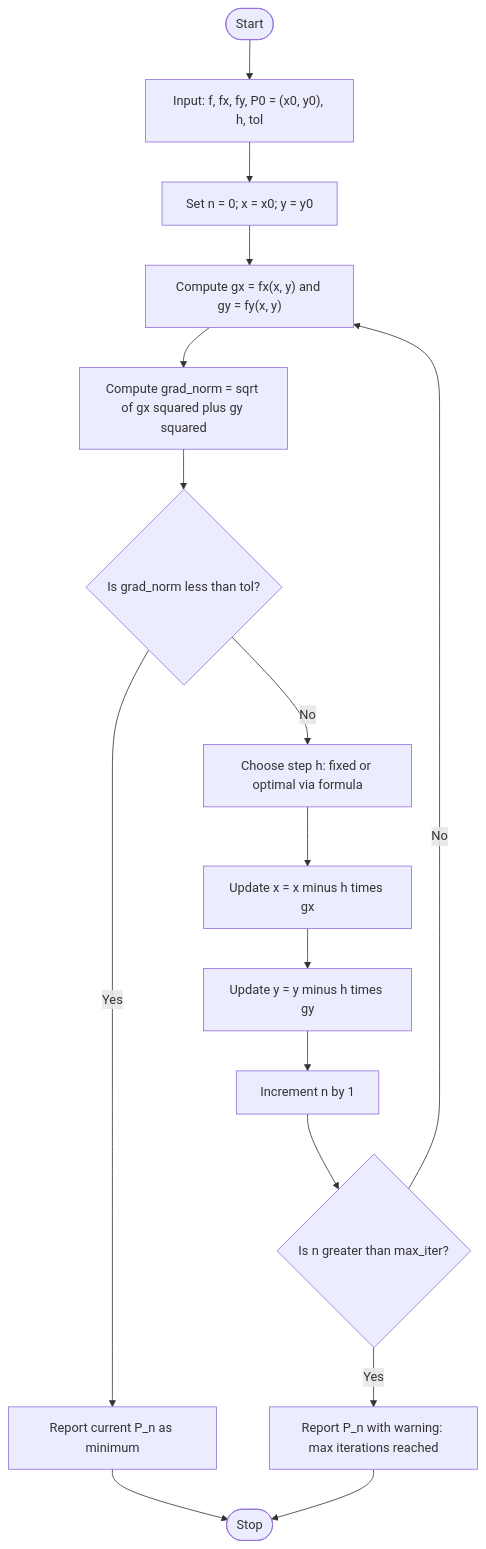
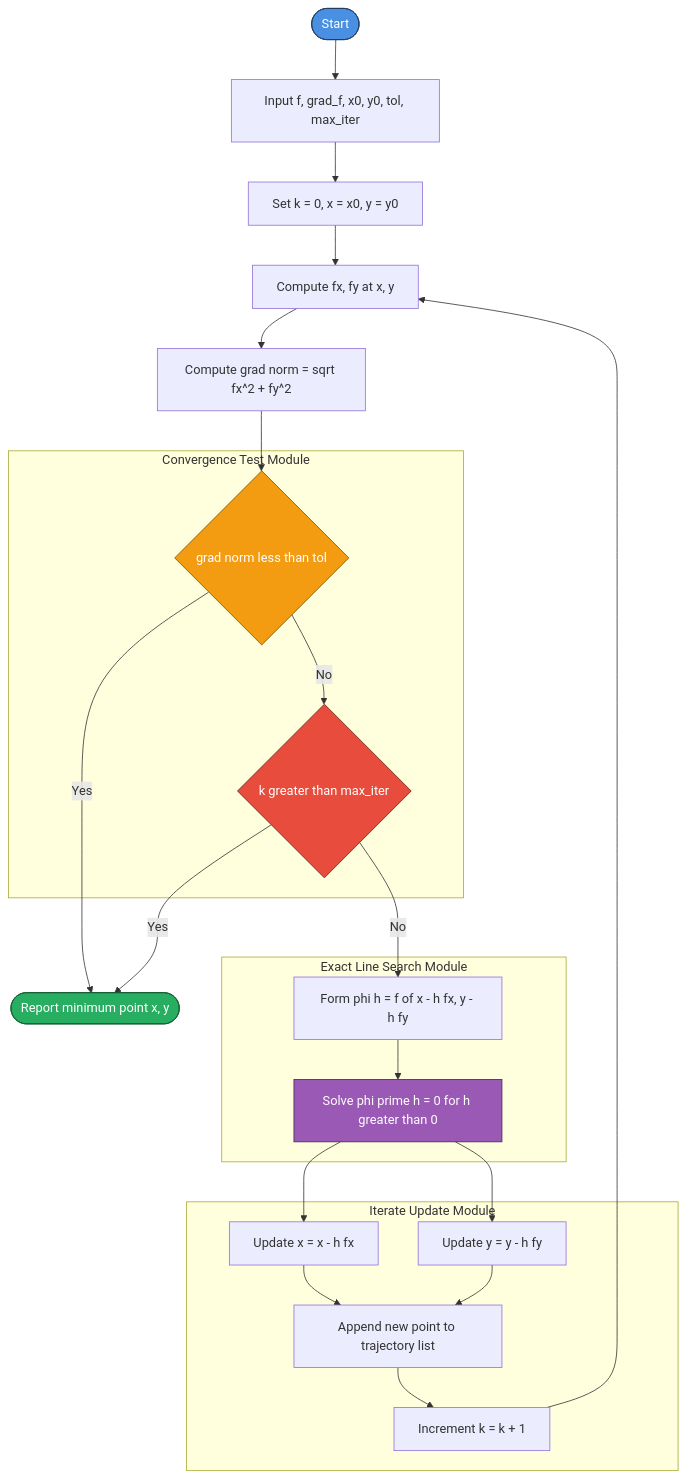
The first of 4 diagrams in public/notes/computer-science-and-engineering/semester-1/gamat101-mathematics-for-information-science-1/04-module-4-constrained-maxima-and-minima/method-of-steepest-descent-only-two-variables/notes.md (vishnuu-kr/ktunode), drawn with Mermaid before and after one commit. The commit also changed other lines of this file and 4829 other files, not shown here.

````diff
--- a/public/notes/computer-science-and-engineering/semester-1/gamat101-mathematics-for-information-science-1/04-module-4-constrained-maxima-and-minima/method-of-steepest-descent-only-two-variables/notes.md
+++ b/public/notes/computer-science-and-engineering/semester-1/gamat101-mathematics-for-information-science-1/04-module-4-constrained-maxima-and-minima/method-of-steepest-descent-only-two-variables/notes.md
@@ -474,18 +667,42 @@
 ```mermaid
 flowchart TD
-    A([Start]) --> B["Input: f, fx, fy, P0 = (x0, y0), h, tol"]
-    B --> C["Set n = 0; x = x0; y = y0"]
-    C --> D["Compute gx = fx(x, y) and gy = fy(x, y)"]
-    D --> E["Compute grad_norm = sqrt of gx squared plus gy squared"]
-    E --> F{"Is grad_norm less than tol?"}
-    F -- Yes --> G["Report current P_n as minimum"]
-    F -- No --> H["Choose step h: fixed or optimal via formula"]
-    H --> I["Update x = x minus h times gx"]
-    I --> J["Update y = y minus h times gy"]
-    J --> K["Increment n by 1"]
-    K --> L{"Is n greater than max_iter?"}
-    L -- Yes --> M["Report P_n with warning: max iterations reached"]
-    L -- No --> D
-    G --> Z([Stop])
-    M --> Z
+    A([Start]) --> B[Input f, grad_f, x0, y0, tol, max_iter]
+    B --> C[Set k = 0, x = x0, y = y0]
+    C --> D[Compute fx, fy at x, y]
+    D --> E[Compute grad norm = sqrt fx^2 + fy^2]
+    E --> F{grad norm less than tol}
+    F -- Yes --> Z([Report minimum point x, y])
+    F -- No  --> G{k greater than max_iter}
+    G -- Yes --> Z
+    G -- No  --> H[Form phi h = f of x - h fx, y - h fy]
+    H --> I[Solve phi prime h = 0 for h greater than 0]
+    I --> J[Update x = x - h fx]
+    I --> K[Update y = y - h fy]
+    J --> L[Append new point to trajectory list]
+    K --> L
+    L --> M[Increment k = k + 1]
+    M --> D
+
+    subgraph ConvergenceTests[Convergence Test Module]
+      F
+      G
+    end
+
+    subgraph LineSearch[Exact Line Search Module]
+      H
+      I
+    end
+
+    subgraph IterationCore[Iterate Update Module]
+      J
+      K
+      L
+      M
+    end
+
+    style A fill:#4A90E2,stroke:#1F3A5F,color:#FFFFFF
+    style Z fill:#27AE60,stroke:#145A32,color:#FFFFFF
+    style F fill:#F39C12,stroke:#7E5109,color:#FFFFFF
+    style G fill:#E74C3C,stroke:#641E16,color:#FFFFFF
+    style I fill:#9B59B6,stroke:#4A235A,color:#FFFFFF
 ```
````
